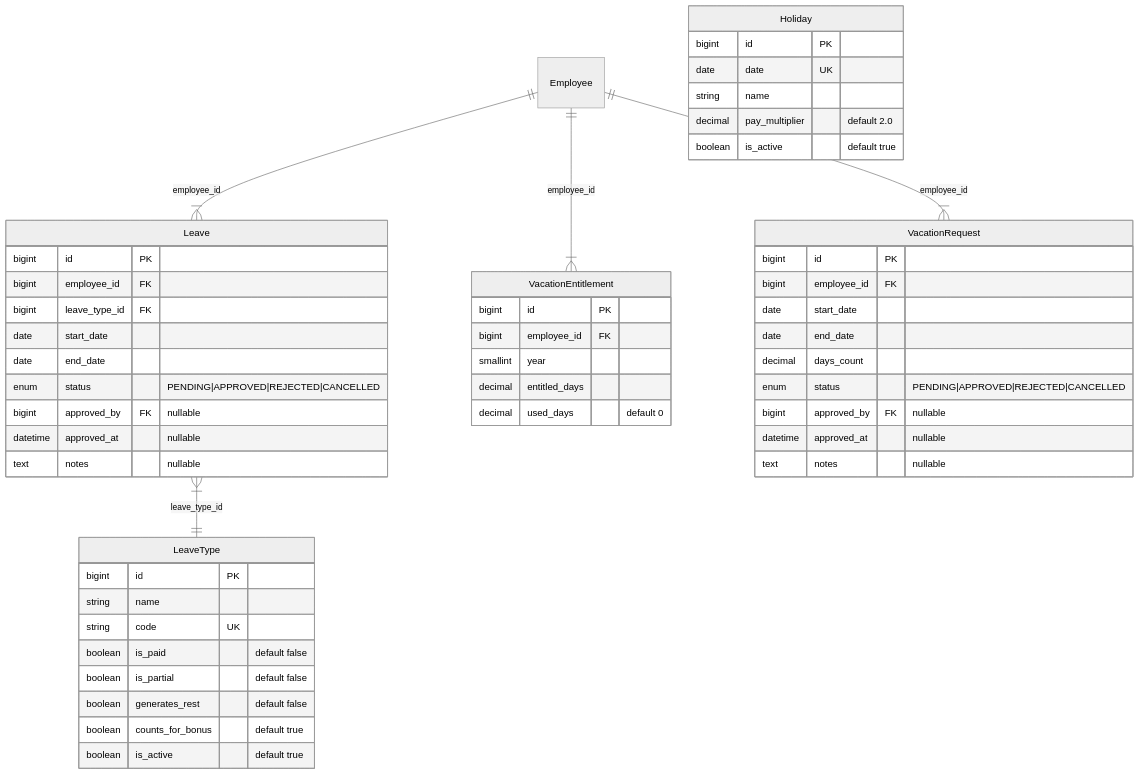
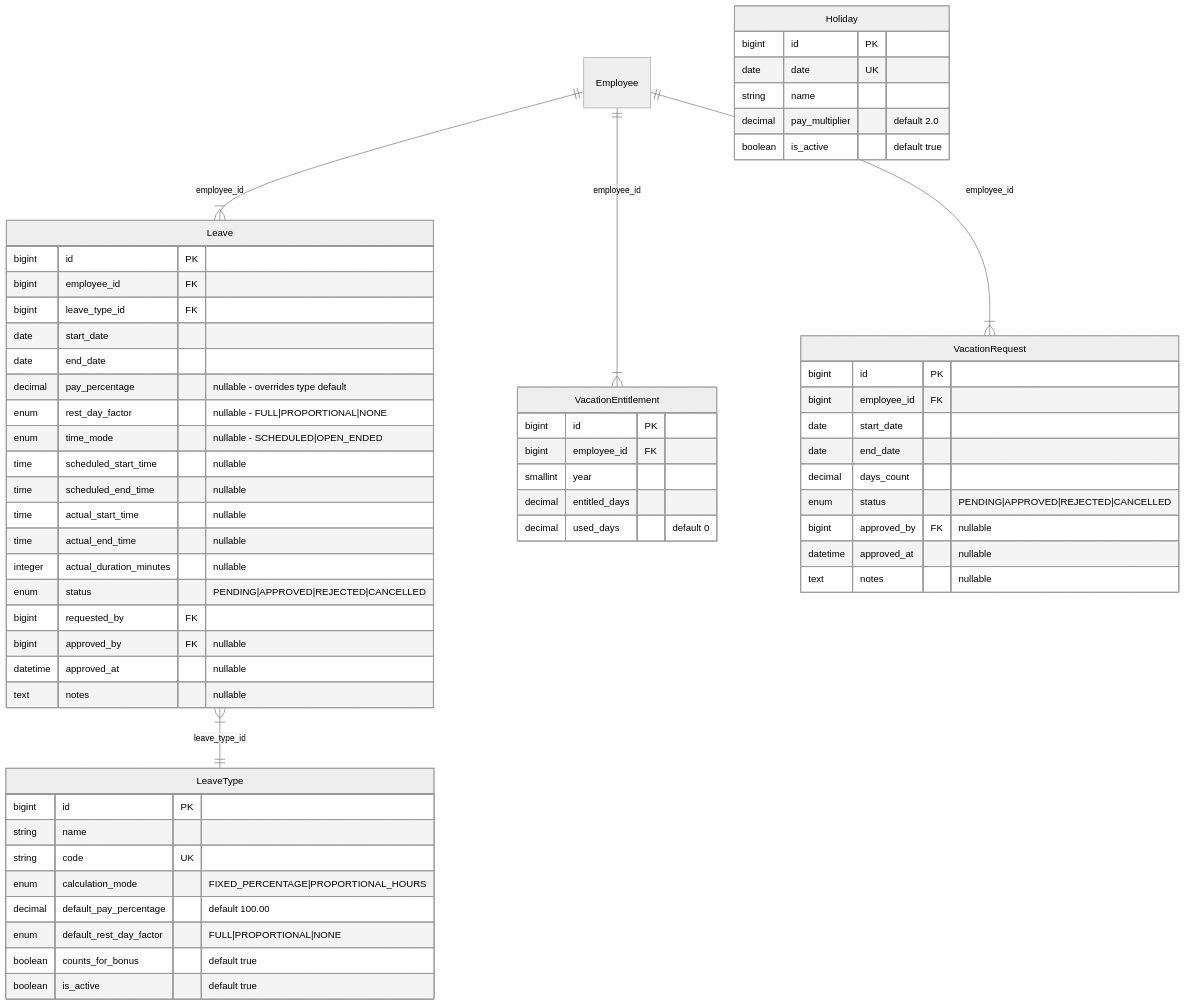
One commit to pakodiazdev/sushigo changed the third of 18 diagrams in doc/modules/attendance-payroll/attendance-payroll-domain-model.en.md. Above: the diagram before and after it, drawn with Mermaid (neutral theme). The commit also changed other lines of this file and 6 other files, not shown here.

````diff
--- a/doc/modules/attendance-payroll/attendance-payroll-domain-model.en.md
+++ b/doc/modules/attendance-payroll/attendance-payroll-domain-model.en.md
@@ -207,59 +191,68 @@
 ```mermaid
 erDiagram
     Employee ||--|{ Leave : "employee_id"
     Employee ||--|{ VacationEntitlement : "employee_id"
     Employee ||--|{ VacationRequest : "employee_id"
 
     Leave }|--|| LeaveType : "leave_type_id"
 
     LeaveType {
         bigint id PK
         string name
         string code UK
-        boolean is_paid "default false"
-        boolean is_partial "default false"
-        boolean generates_rest "default false"
+        enum calculation_mode "FIXED_PERCENTAGE|PROPORTIONAL_HOURS"
+        decimal default_pay_percentage "default 100.00"
+        enum default_rest_day_factor "FULL|PROPORTIONAL|NONE"
         boolean counts_for_bonus "default true"
         boolean is_active "default true"
     }
 
     Leave {
         bigint id PK
         bigint employee_id FK
         bigint leave_type_id FK
         date start_date
         date end_date
+        decimal pay_percentage "nullable - overrides type default"
+        enum rest_day_factor "nullable - FULL|PROPORTIONAL|NONE"
+        enum time_mode "nullable - SCHEDULED|OPEN_ENDED"
+        time scheduled_start_time "nullable"
+        time scheduled_end_time "nullable"
+        time actual_start_time "nullable"
+        time actual_end_time "nullable"
+        integer actual_duration_minutes "nullable"
         enum status "PENDING|APPROVED|REJECTED|CANCELLED"
+        bigint requested_by FK
         bigint approved_by FK "nullable"
         datetime approved_at "nullable"
         text notes "nullable"
     }
 
     Holiday {
         bigint id PK
         date date UK
         string name
         decimal pay_multiplier "default 2.0"
         boolean is_active "default true"
     }
 
     VacationEntitlement {
         bigint id PK
         bigint employee_id FK
         smallint year
         decimal entitled_days
         decimal used_days "default 0"
     }
 
     VacationRequest {
         bigint id PK
         bigint employee_id FK
         date start_date
         date end_date
         decimal days_count
         enum status "PENDING|APPROVED|REJECTED|CANCELLED"
         bigint approved_by FK "nullable"
         datetime approved_at "nullable"
         text notes "nullable"
     }
 ```
````
